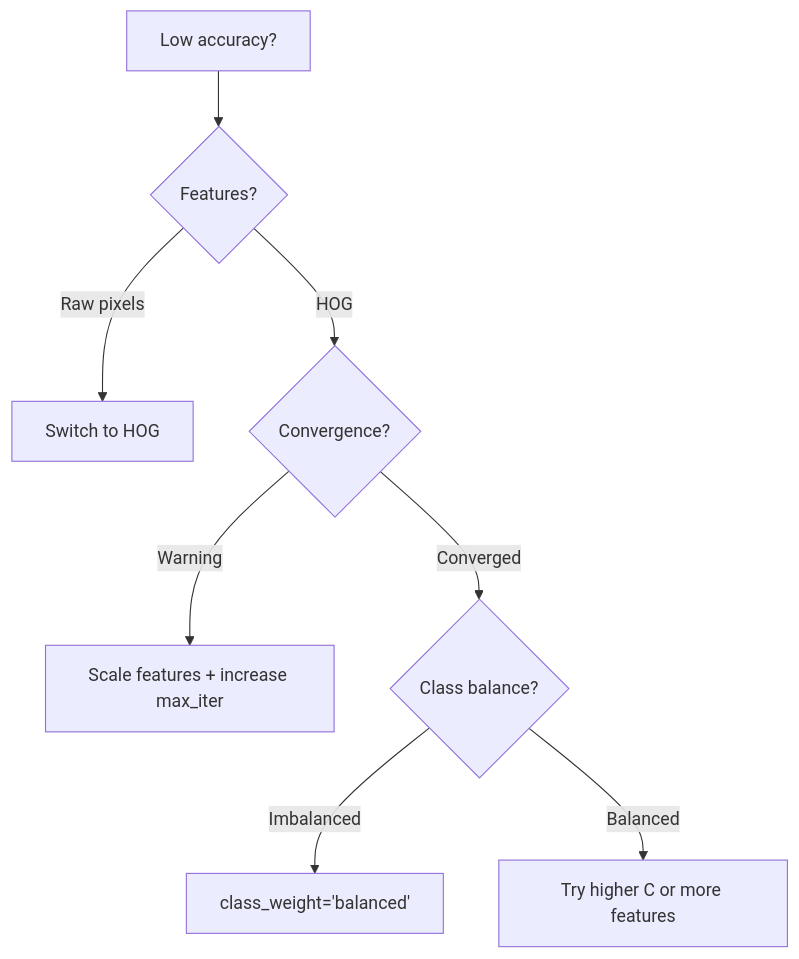
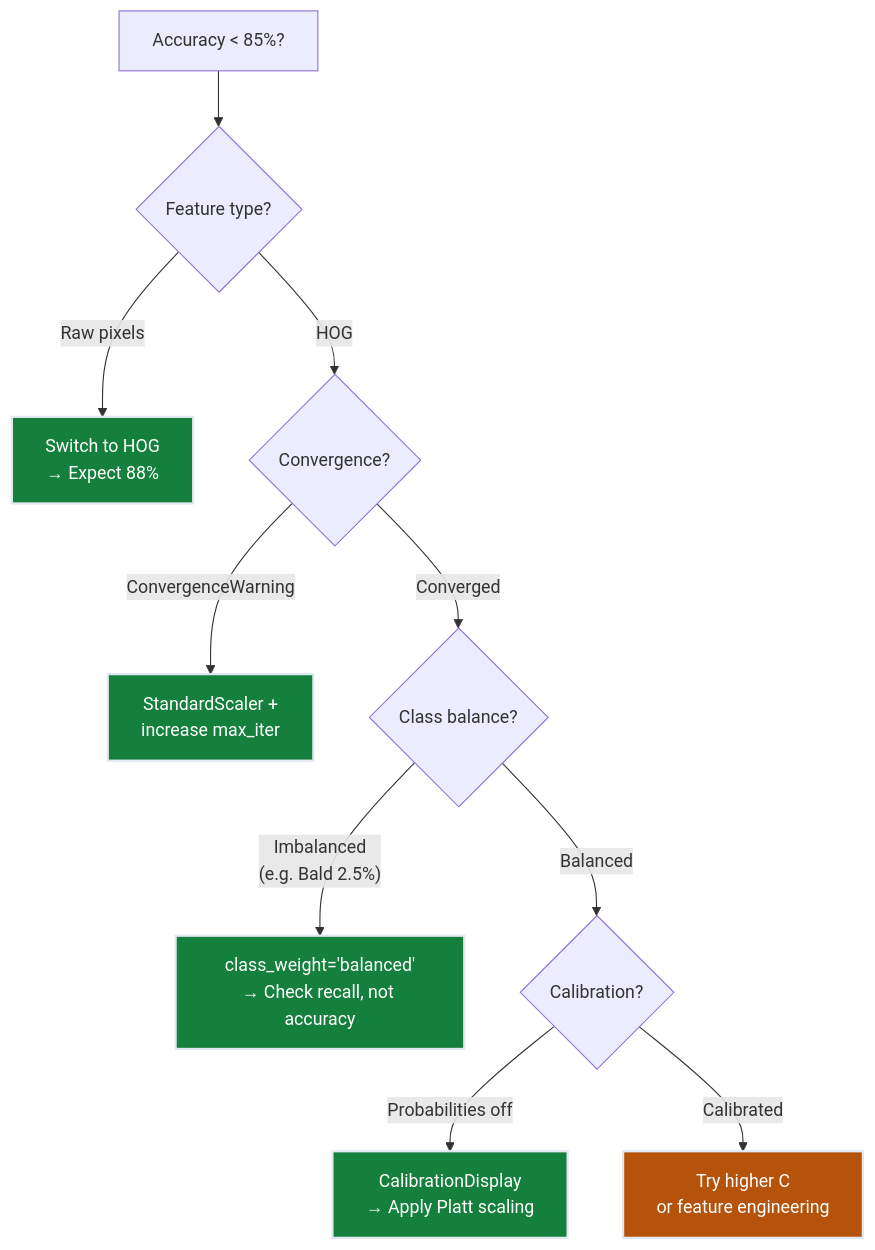
Before and after one commit to deepakshamsft/ai-portfolio: the fourth of 5 diagrams in notes/ML/02_classification/ch01_logistic_regression/README.md, drawn with Mermaid. The commit also changed other lines of this file and 41 other files, not shown here.

````diff
--- a/notes/ML/02_classification/ch01_logistic_regression/README.md
+++ b/notes/ML/02_classification/ch01_logistic_regression/README.md
@@ -209,10 +429,18 @@
 ```mermaid
 graph TD
-    A["Low accuracy?"] --> B{"Features?"}
-    B -->|"Raw pixels"| C["Switch to HOG"]
+    A["Accuracy < 85%?"] --> B{"Feature type?"}
+    B -->|"Raw pixels"| C["Switch to HOG<br/>→ Expect 88%"]
     B -->|"HOG"| D{"Convergence?"}
-    D -->|"Warning"| E["Scale features + increase max_iter"]
+    D -->|"ConvergenceWarning"| E["StandardScaler +<br/>increase max_iter"]
     D -->|"Converged"| F{"Class balance?"}
-    F -->|"Imbalanced"| G["class_weight='balanced'"]
-    F -->|"Balanced"| H["Try higher C or more features"]
+    F -->|"Imbalanced<br/>(e.g. Bald 2.5%)"| G["class_weight='balanced'<br/>→ Check recall, not accuracy"]
+    F -->|"Balanced"| H{"Calibration?"}
+    H -->|"Probabilities off"| I["CalibrationDisplay<br/>→ Apply Platt scaling"]
+    H -->|"Calibrated"| J["Try higher C<br/>or feature engineering"]
+    
+    style C fill:#15803d,stroke:#e2e8f0,stroke-width:2px,color:#ffffff
+    style E fill:#15803d,stroke:#e2e8f0,stroke-width:2px,color:#ffffff
+    style G fill:#15803d,stroke:#e2e8f0,stroke-width:2px,color:#ffffff
+    style I fill:#15803d,stroke:#e2e8f0,stroke-width:2px,color:#ffffff
+    style J fill:#b45309,stroke:#e2e8f0,stroke-width:2px,color:#ffffff
 ```
````
